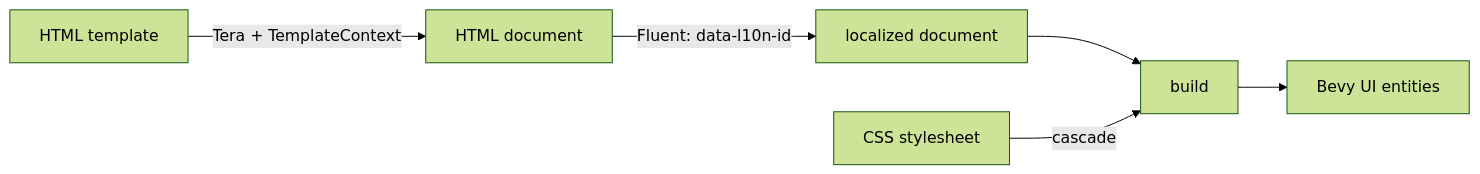
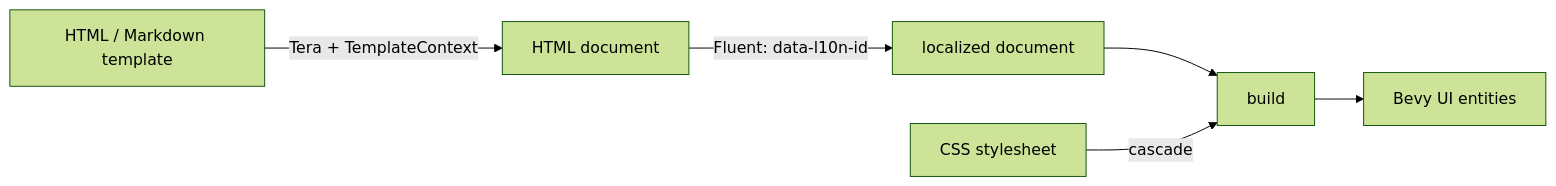
One commit to nchashch/bevy_markup changed the diagram in README.md. Above: the diagram before and after it, drawn with Mermaid (forest theme). The commit also changed other lines of this file, not shown here.

````diff
--- a/README.md
+++ b/README.md
@@ -92,8 +288,8 @@
 ```mermaid
 flowchart LR
-  T[HTML template] -->|Tera + TemplateContext| H[HTML document]
+  T[HTML / Markdown template] -->|Tera + TemplateContext| H[HTML document]
   H -->|Fluent: data-l10n-id| L[localized document]
   L --> B[build]
   C[CSS stylesheet] -->|cascade| B
   B --> U[Bevy UI entities]
 ```
````
